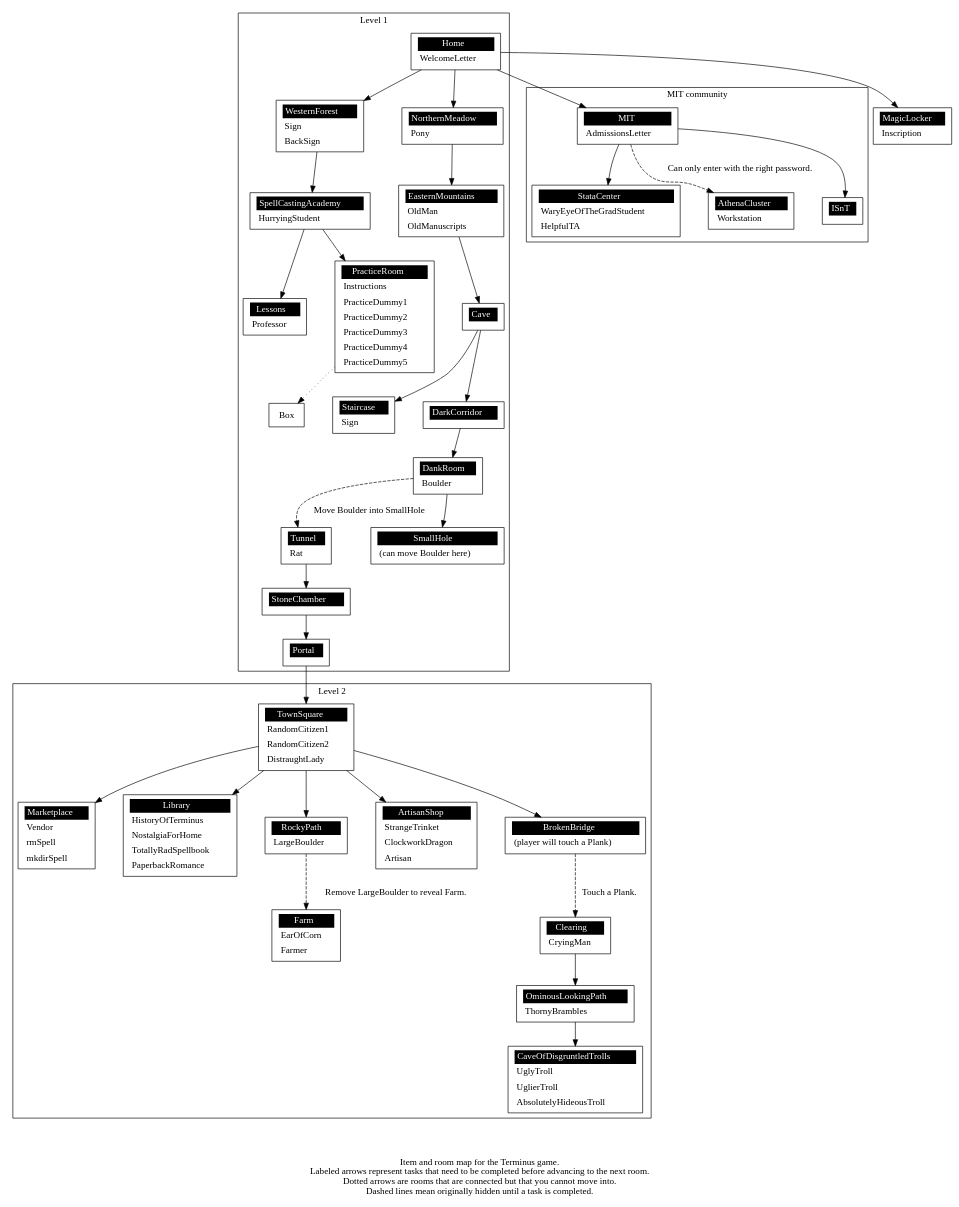
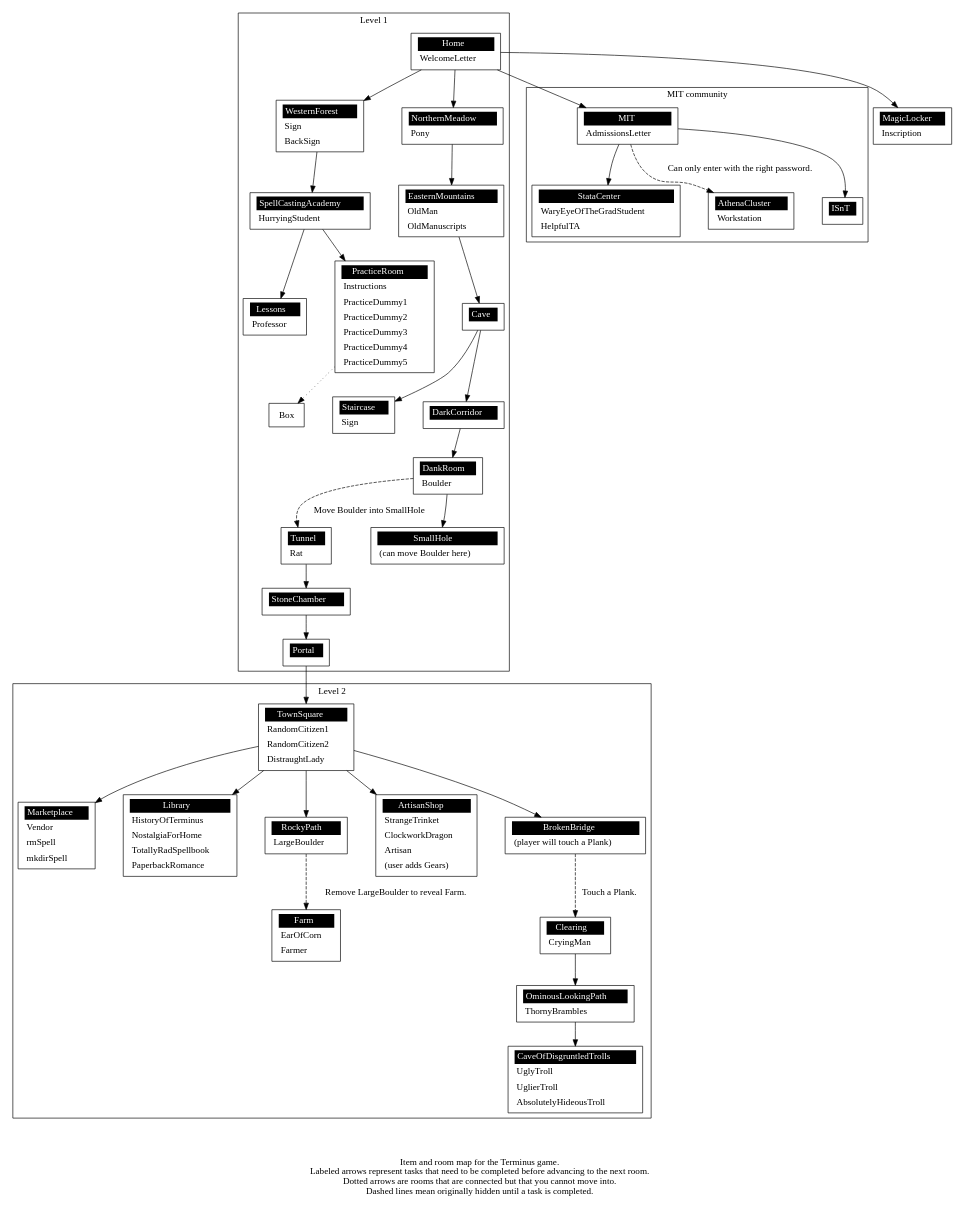
Before and after one commit to mprat/Terminus: the diagram in docs/level_map.gv, drawn with Graphviz. The commit also changed 4 other files, not shown here.

```diff
--- a/docs/level_map.gv
+++ b/docs/level_map.gv
@@ -142,6 +142,7 @@
 	<tr><td align="left" port="r0">StrangeTrinket</td></tr>
 	<tr><td align="left" port="r1">ClockworkDragon</td></tr>
 	<tr><td align="left" port="r2">Artisan</td></tr>
+	<tr><td align="left" port="r3">(user adds Gears)</td></tr>
 	</table>>];
 
 	"BrokenBridge" [label = 
```
